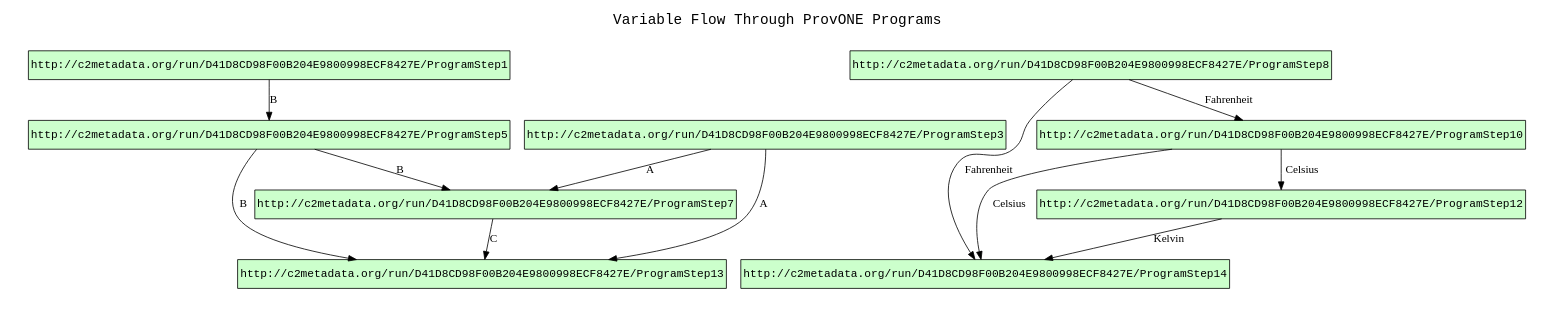
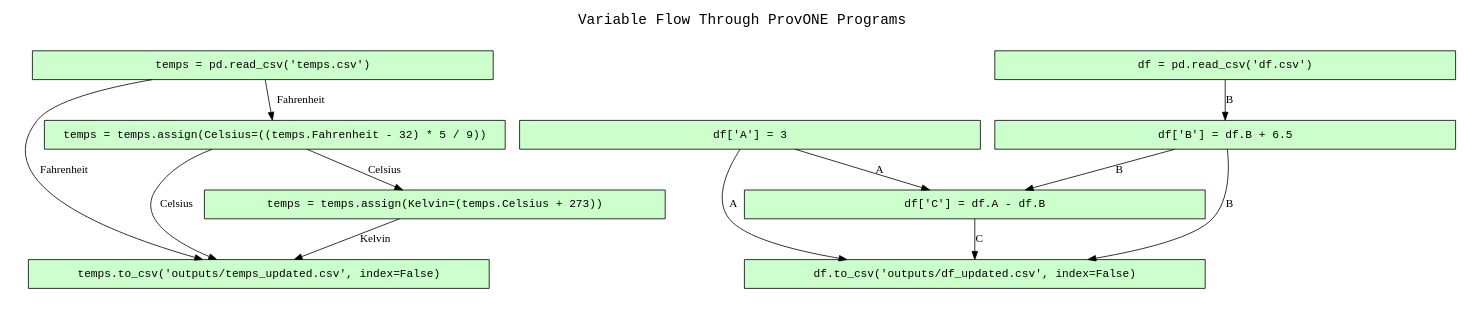
The diagram in examples/07-sdth-sample/outputs/GRAPH-2.gv (CIRSS/sdtl-provone), drawn with Graphviz before and after one commit. The commit also changed 5 other files, not shown here.

```diff
--- a/examples/07-sdth-sample/outputs/GRAPH-2.gv
+++ b/examples/07-sdth-sample/outputs/GRAPH-2.gv
@@ -1,30 +1,39 @@
 
 digraph provone_workflow {
 rankdir=TB
 
 fontname=Courier; fontsize=18; labelloc=t
 label="Variable Flow Through ProvONE Programs"
 
 subgraph cluster_program_graph { label=""; color=white; penwidth=0
 subgraph cluster_program_graph_inner { label=""; color=white
 
 # program nodes
 node[shape=box style="filled" fillcolor="#CCFFCC" peripheries=1 fontname=Courier]
 node[width=8]
 
+"http://c2metadata.org/run/D41D8CD98F00B204E9800998ECF8427E/ProgramStep1" [label="df = pd.read_csv('df.csv')"]
+"http://c2metadata.org/run/D41D8CD98F00B204E9800998ECF8427E/ProgramStep10" [label="temps = temps.assign(Celsius=((temps.Fahrenheit - 32) * 5 \/ 9))"]
+"http://c2metadata.org/run/D41D8CD98F00B204E9800998ECF8427E/ProgramStep12" [label="temps = temps.assign(Kelvin=(temps.Celsius + 273))"]
+"http://c2metadata.org/run/D41D8CD98F00B204E9800998ECF8427E/ProgramStep13" [label="df.to_csv('outputs\/df_updated.csv', index=False)"]
+"http://c2metadata.org/run/D41D8CD98F00B204E9800998ECF8427E/ProgramStep14" [label="temps.to_csv('outputs\/temps_updated.csv', index=False)"]
+"http://c2metadata.org/run/D41D8CD98F00B204E9800998ECF8427E/ProgramStep3" [label="df['A'] = 3"]
+"http://c2metadata.org/run/D41D8CD98F00B204E9800998ECF8427E/ProgramStep5" [label="df['B'] = df.B + 6.5"]
+"http://c2metadata.org/run/D41D8CD98F00B204E9800998ECF8427E/ProgramStep7" [label="df['C'] = df.A - df.B"]
+"http://c2metadata.org/run/D41D8CD98F00B204E9800998ECF8427E/ProgramStep8" [label="temps = pd.read_csv('temps.csv')"]
 
 # dataframe channels
 "http://c2metadata.org/run/D41D8CD98F00B204E9800998ECF8427E/ProgramStep8" -> "http://c2metadata.org/run/D41D8CD98F00B204E9800998ECF8427E/ProgramStep10" [label="Fahrenheit"]
 "http://c2metadata.org/run/D41D8CD98F00B204E9800998ECF8427E/ProgramStep10" -> "http://c2metadata.org/run/D41D8CD98F00B204E9800998ECF8427E/ProgramStep12" [label="Celsius"]
 "http://c2metadata.org/run/D41D8CD98F00B204E9800998ECF8427E/ProgramStep3" -> "http://c2metadata.org/run/D41D8CD98F00B204E9800998ECF8427E/ProgramStep13" [label="A"]
 "http://c2metadata.org/run/D41D8CD98F00B204E9800998ECF8427E/ProgramStep5" -> "http://c2metadata.org/run/D41D8CD98F00B204E9800998ECF8427E/ProgramStep13" [label="B"]
 "http://c2metadata.org/run/D41D8CD98F00B204E9800998ECF8427E/ProgramStep7" -> "http://c2metadata.org/run/D41D8CD98F00B204E9800998ECF8427E/ProgramStep13" [label="C"]
 "http://c2metadata.org/run/D41D8CD98F00B204E9800998ECF8427E/ProgramStep10" -> "http://c2metadata.org/run/D41D8CD98F00B204E9800998ECF8427E/ProgramStep14" [label="Celsius"]
 "http://c2metadata.org/run/D41D8CD98F00B204E9800998ECF8427E/ProgramStep8" -> "http://c2metadata.org/run/D41D8CD98F00B204E9800998ECF8427E/ProgramStep14" [label="Fahrenheit"]
 "http://c2metadata.org/run/D41D8CD98F00B204E9800998ECF8427E/ProgramStep12" -> "http://c2metadata.org/run/D41D8CD98F00B204E9800998ECF8427E/ProgramStep14" [label="Kelvin"]
 "http://c2metadata.org/run/D41D8CD98F00B204E9800998ECF8427E/ProgramStep1" -> "http://c2metadata.org/run/D41D8CD98F00B204E9800998ECF8427E/ProgramStep5" [label="B"]
 "http://c2metadata.org/run/D41D8CD98F00B204E9800998ECF8427E/ProgramStep3" -> "http://c2metadata.org/run/D41D8CD98F00B204E9800998ECF8427E/ProgramStep7" [label="A"]
 "http://c2metadata.org/run/D41D8CD98F00B204E9800998ECF8427E/ProgramStep5" -> "http://c2metadata.org/run/D41D8CD98F00B204E9800998ECF8427E/ProgramStep7" [label="B"]
 }}
 
 }
```
